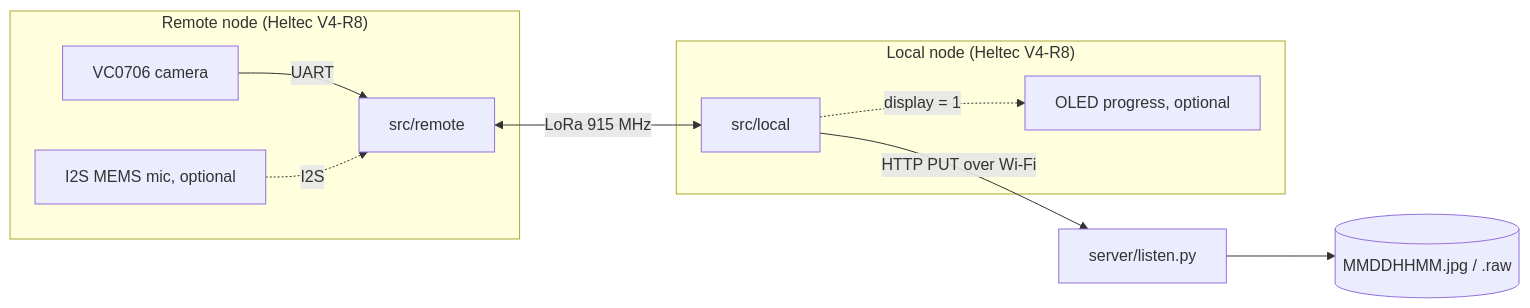
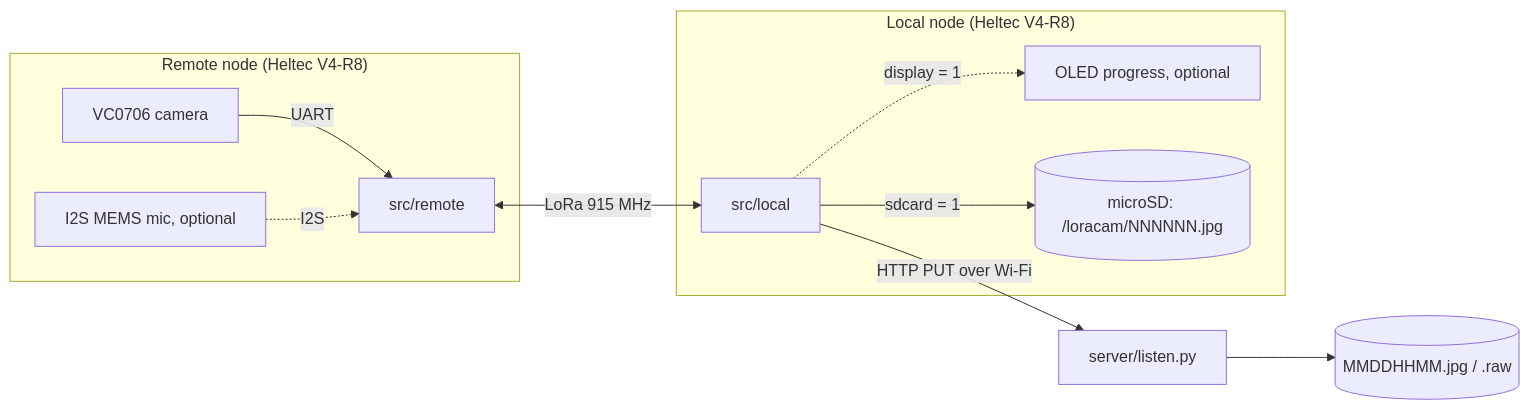
Before and after one commit to gfnord/loracamera: the diagram in docs/README.md, drawn with Mermaid. The commit also changed other lines of this file and 13 other files, not shown here.

````diff
--- a/docs/README.md
+++ b/docs/README.md
@@ -5,13 +5,14 @@
 ```mermaid
 flowchart LR
     subgraph Field["Remote node (Heltec V4-R8)"]
         CAM[VC0706 camera] -->|UART| R[src/remote]
         MIC[I2S MEMS mic, optional] -.->|I2S| R
     end
     subgraph Base["Local node (Heltec V4-R8)"]
         L[src/local] -.->|display = 1| OLED[OLED progress, optional]
+        L -->|sdcard = 1| SD[(microSD: /loracam/NNNNNN.jpg)]
     end
     R <-->|LoRa 915 MHz| L
     L -->|HTTP PUT over Wi-Fi| S[server/listen.py]
     S --> F[(MMDDHHMM.jpg / .raw)]
 ```
````
